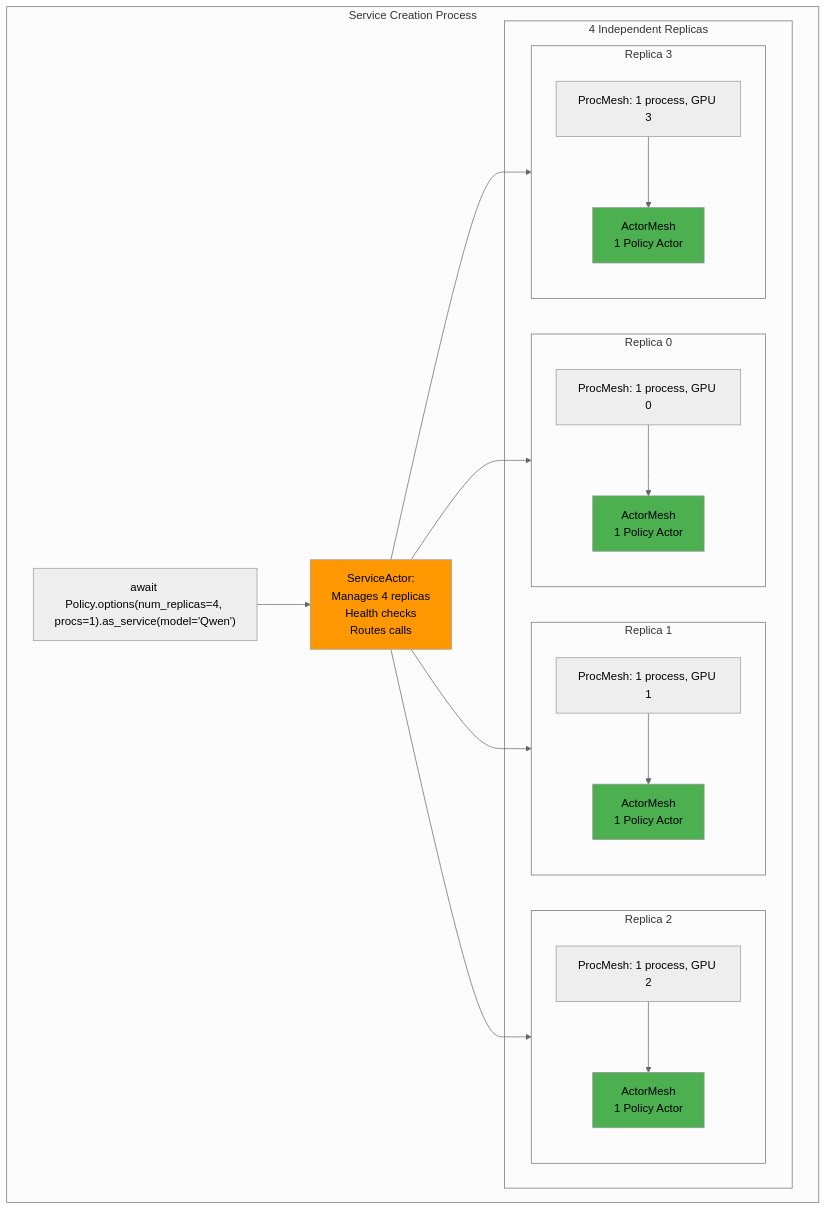
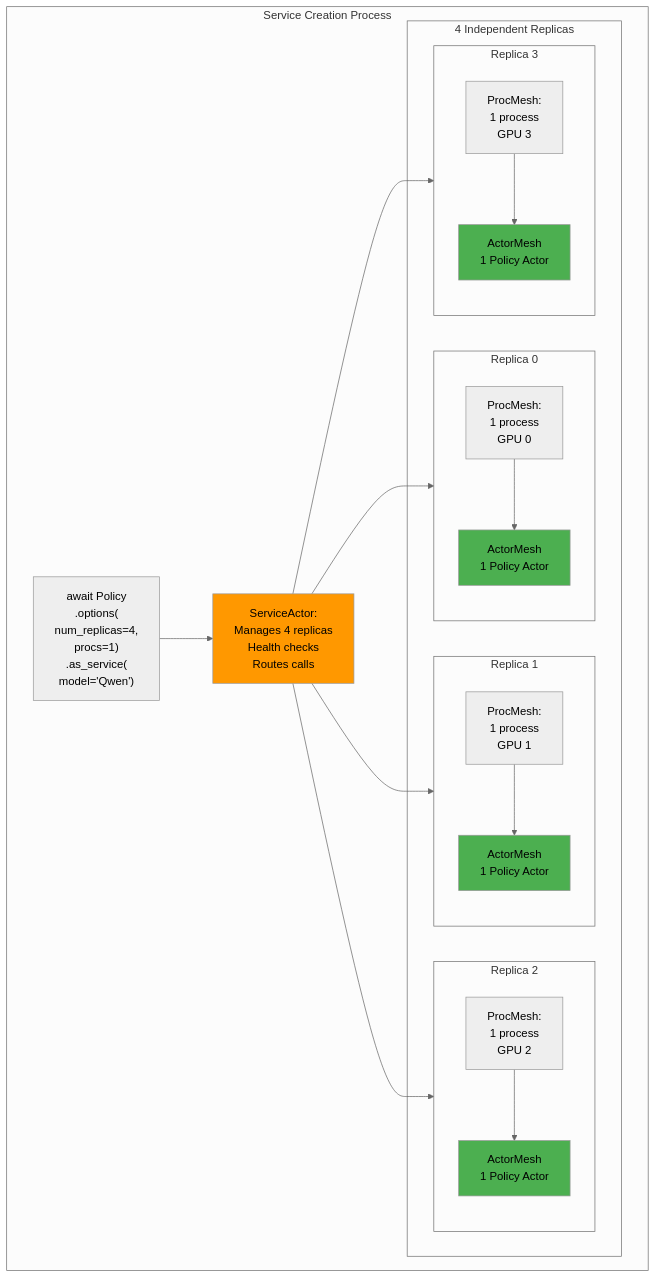
One commit to meta-pytorch/torchforge changed the second of 4 diagrams in docs/source/tutorial_sources/zero-to-forge/3_Monarch_101.md. Above: the diagram before and after it, drawn with Mermaid (neutral theme). The commit also changed other lines of this file and 1 other file, not shown here.

````diff
--- a/docs/source/tutorial_sources/zero-to-forge/3_Monarch_101.md
+++ b/docs/source/tutorial_sources/zero-to-forge/3_Monarch_101.md
@@ -185,49 +203,66 @@
 ```mermaid
 graph TD
     subgraph ServiceCreation["Service Creation Process"]
-        Call["await Policy.options(num_replicas=4, procs=1).as_service(model='Qwen')"]
+        Call["await Policy
+        .options(
+        num_replicas=4,
+        procs=1)
+        .as_service(
+        model='Qwen')"]
 
-        ServiceActor["`ServiceActor:
+        ServiceActor["ServiceActor:
         Manages 4 replicas
         Health checks
-        Routes calls`"]
+        Routes calls"]
 
         subgraph Replicas["4 Independent Replicas"]
             subgraph R0["Replica 0"]
-                PM0["ProcMesh: 1 process, GPU 0"]
-                AM0["ActorMesh<br/>1 Policy Actor"]
+                PM0["ProcMesh:
+                1 process
+                GPU 0"]
+                AM0["ActorMesh
+                1 Policy Actor"]
             end
 
             subgraph R1["Replica 1"]
-                PM1["ProcMesh: 1 process, GPU 1"]
-                AM1["ActorMesh<br/>1 Policy Actor"]
+                PM1["ProcMesh:
+                1 process
+                GPU 1"]
+                AM1["ActorMesh
+                1 Policy Actor"]
             end
 
             subgraph R2["Replica 2"]
-                PM2["ProcMesh: 1 process, GPU 2"]
-                AM2["ActorMesh<br/>1 Policy Actor"]
+                PM2["ProcMesh:
+                1 process
+                GPU 2"]
+                AM2["ActorMesh
+                1 Policy Actor"]
             end
 
             subgraph R3["Replica 3"]
-                PM3["ProcMesh: 1 process, GPU 3"]
-                AM3["ActorMesh<br/>1 Policy Actor"]
+                PM3["ProcMesh:
+                1 process
+                GPU 3"]
+                AM3["ActorMesh
+                1 Policy Actor"]
             end
         end
 
         Call --> ServiceActor
         ServiceActor --> R0
         ServiceActor --> R1
         ServiceActor --> R2
         ServiceActor --> R3
         PM0 --> AM0
         PM1 --> AM1
         PM2 --> AM2
         PM3 --> AM3
     end
 
     style ServiceActor fill:#FF9800
     style AM0 fill:#4CAF50
     style AM1 fill:#4CAF50
     style AM2 fill:#4CAF50
     style AM3 fill:#4CAF50
 ```
````
